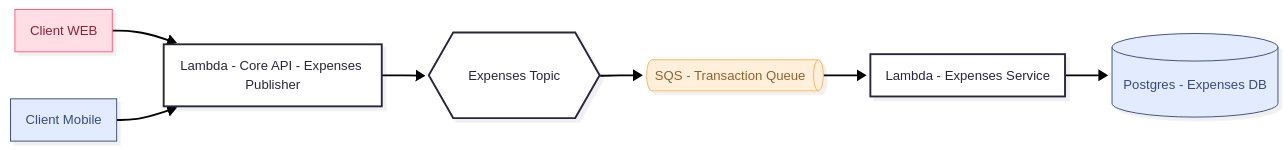
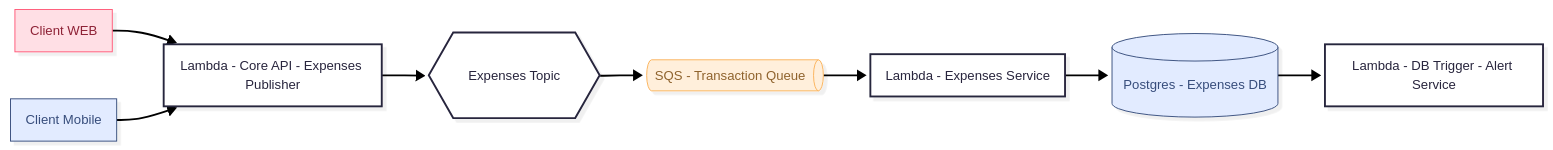
Before and after one commit to dasilvaoscar/concurrency-simulator: the second of 3 diagrams in README.md, drawn with Mermaid.

Commit message:
Add DB Trigger Alert Service to architecture diagram

````diff
--- a/README.md
+++ b/README.md
@@ -33,30 +33,32 @@
 ```mermaid
 ---
 config:
   theme: redux
   layout: dagre
   look: neo
 ---
 flowchart LR
     n14["Client WEB"] --> n1["Lambda - Core API - Expenses Publisher"]
     n21["Client Mobile"] --> n1
     n1 --> n3@{ label: "Expenses<span style=\"color:\"> Topic</span>" }
     n3 --> n6["SQS - Transaction Queue"]
     n6 --> n22["Lambda - Expenses Service"]
     n22 --> n18["Postgres - Expenses DB"]
+    n18 --> n23["Lambda - DB Trigger - Alert Service"]
 
     n14@{ shape: rect}
     n1@{ shape: rect}
     n21@{ shape: rect}
     n3@{ shape: hex}
     n6@{ shape: h-cyl}
     n22@{ shape: rect}
     n18@{ shape: cyl}
+    n23@{ shape: rect}
      n14:::Rose
      n21:::Sky
      n6:::Peach
      n18:::Sky
     classDef Rose stroke-width:1px, stroke-dasharray:none, stroke:#FF5978, fill:#FFDFE5, color:#8E2236
     classDef Peach stroke-width:1px, stroke-dasharray:none, stroke:#FBB35A, fill:#FFEFDB, color:#8F632D
     classDef Sky stroke-width:1px, stroke-dasharray:none, stroke:#374D7C, fill:#E2EBFF, color:#374D7C
 ```
````
